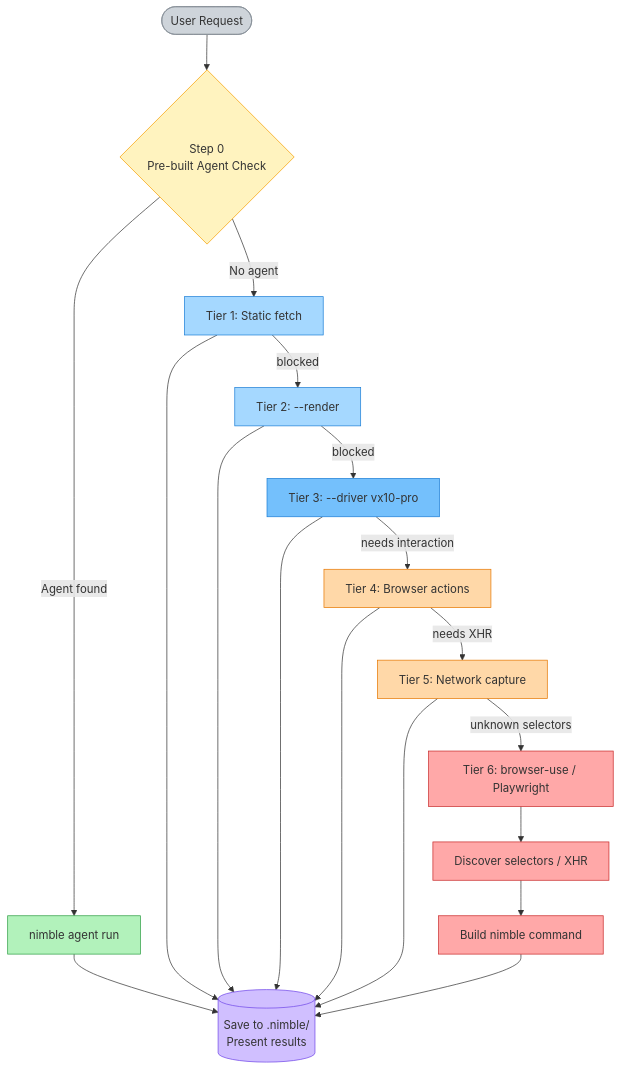
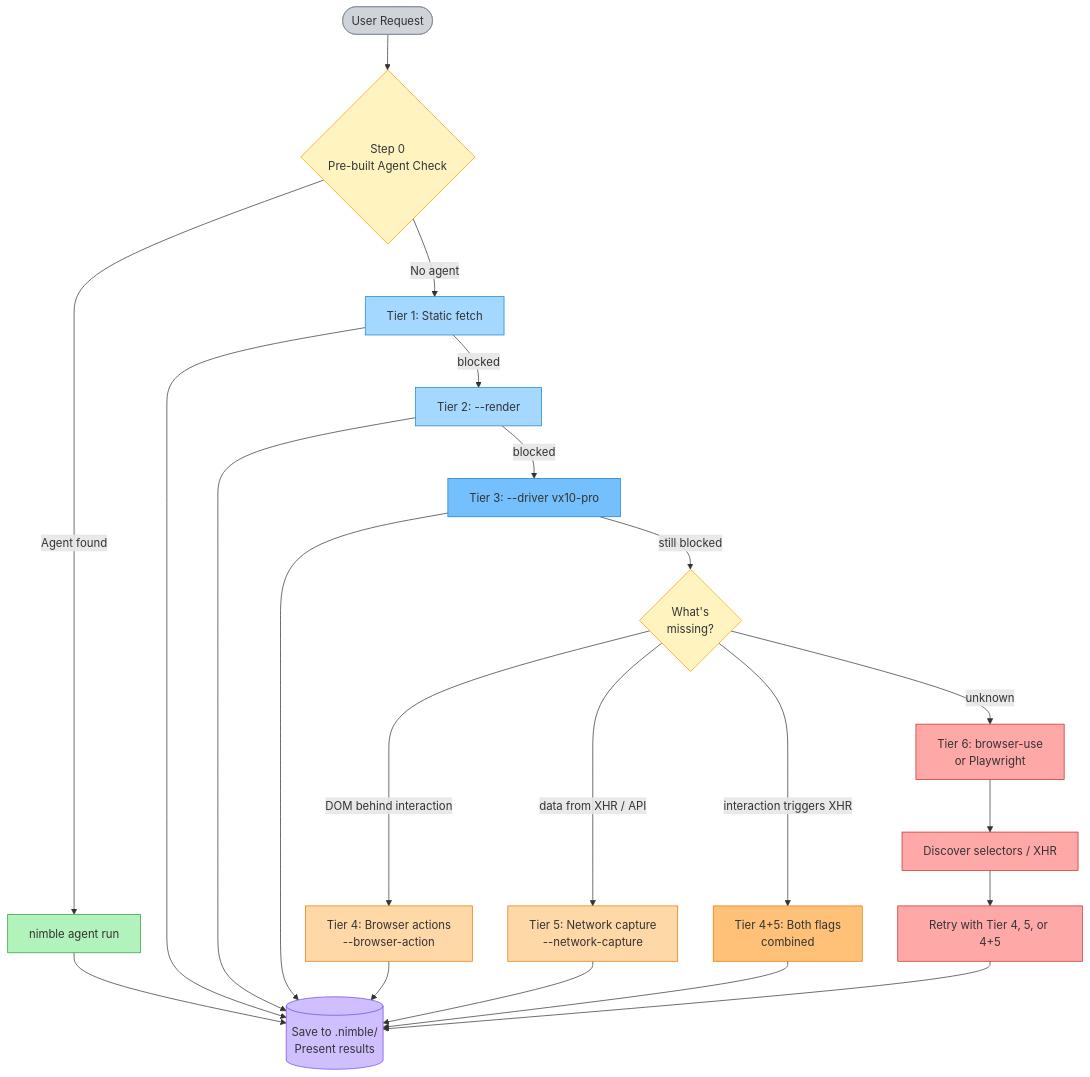
The diagram in skills/nimble-web-expert/README.md (Nimbleway/agent-skills), drawn with Mermaid before and after one commit. The commit also changed 1 other file, not shown here.

Commit message:
Fix Tier 4/5 logic: alternatives not sequential escalation
- SKILL.md: clarify Tiers 4 and 5 are parallel alternatives after Tier 3
  - Tier 4 only: DOM content behind clicks/scrolls
  - Tier 5 only: data loaded via XHR/AJAX
  - Tier 4+5: interaction triggers an XHR (combine both flags)
  - Tier 6: unknown — investigate first, then return to 4, 5, or 4+5
- README diagram: replace linear T4→T5 chain with a decision diamond
  branching into Tier 4, Tier 5, Tier 4+5, and Tier 6 paths

````diff
--- a/skills/nimble-web-expert/README.md
+++ b/skills/nimble-web-expert/README.md
@@ -46,33 +46,38 @@
 ```mermaid
 flowchart TD
     A([User Request]) --> B{Step 0\nPre-built Agent Check}
     B -->|Agent found| C[nimble agent run]
     B -->|No agent| D[Tier 1: Static fetch]
     D -->|blocked| E[Tier 2: --render]
     E -->|blocked| F[Tier 3: --driver vx10-pro]
-    F -->|needs interaction| G[Tier 4: Browser actions]
-    G -->|needs XHR| H[Tier 5: Network capture]
-    H -->|unknown selectors| I[Tier 6: browser-use / Playwright]
-    I --> J[Discover selectors / XHR]
-    J --> K[Build nimble command]
-    C --> L[(Save to .nimble/\nPresent results)]
-    D --> L
-    E --> L
-    F --> L
-    G --> L
-    H --> L
-    K --> L
+    F -->|still blocked| G{What's\nmissing?}
+    G -->|DOM behind interaction| H[Tier 4: Browser actions\n--browser-action]
+    G -->|data from XHR / API| I[Tier 5: Network capture\n--network-capture]
+    G -->|interaction triggers XHR| HI[Tier 4+5: Both flags\ncombined]
+    G -->|unknown| J[Tier 6: browser-use\nor Playwright]
+    J --> K[Discover selectors / XHR]
+    K --> L[Retry with Tier 4, 5, or 4+5]
+    C --> M[(Save to .nimble/\nPresent results)]
+    D --> M
+    E --> M
+    F --> M
+    H --> M
+    I --> M
+    HI --> M
+    L --> M
 
     style A fill:#ced4da,stroke:#868e96
     style B fill:#fff3bf,stroke:#f59f00
     style C fill:#b2f2bb,stroke:#2f9e44
     style D fill:#a5d8ff,stroke:#1c7ed6
     style E fill:#a5d8ff,stroke:#1c7ed6
     style F fill:#74c0fc,stroke:#1c7ed6
-    style G fill:#ffd8a8,stroke:#e67700
+    style G fill:#fff3bf,stroke:#f59f00
     style H fill:#ffd8a8,stroke:#e67700
-    style I fill:#ffa8a8,stroke:#c92a2a
+    style I fill:#ffd8a8,stroke:#e67700
+    style HI fill:#ffc078,stroke:#e67700
     style J fill:#ffa8a8,stroke:#c92a2a
     style K fill:#ffa8a8,stroke:#c92a2a
-    style L fill:#d0bfff,stroke:#7048e8
+    style L fill:#ffa8a8,stroke:#c92a2a
+    style M fill:#d0bfff,stroke:#7048e8
 ```
````
